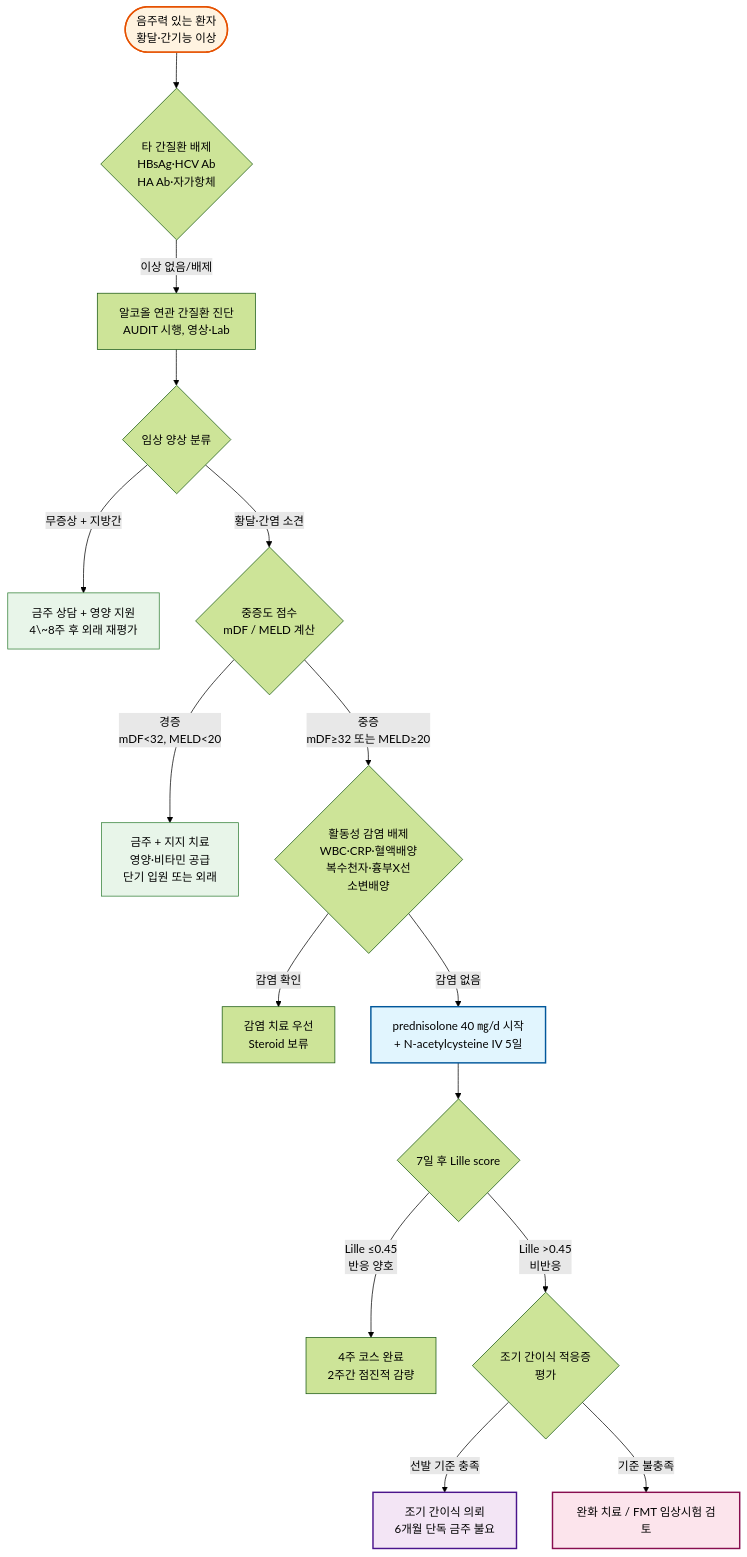
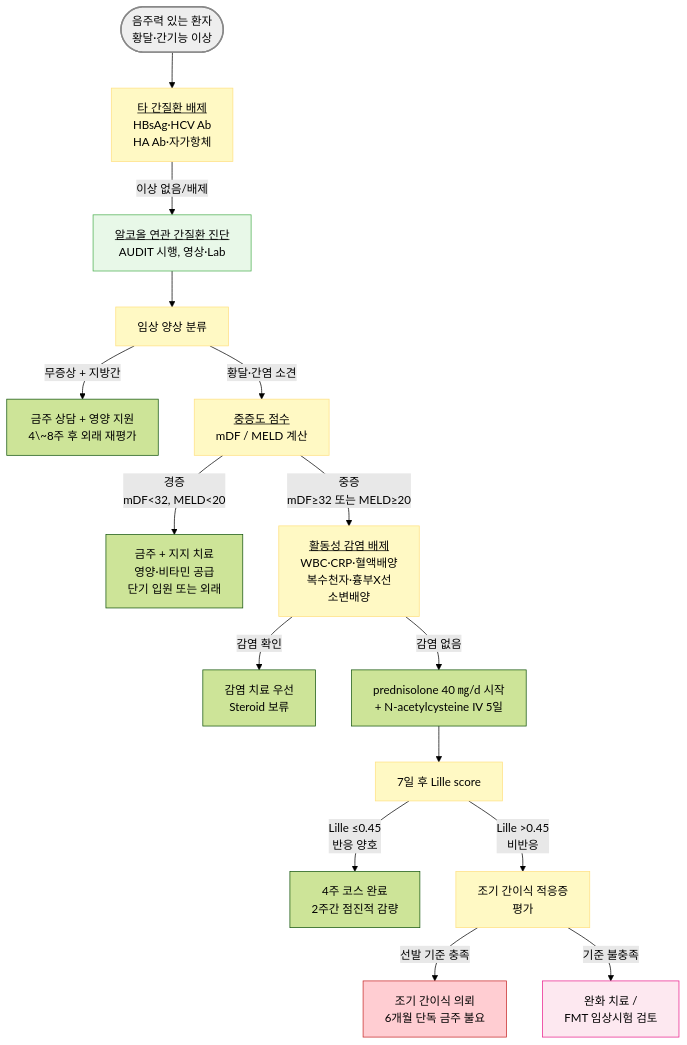
Before and after one commit to familyoh77/familyoh77: the diagram in 224_/094_-alcoholic-liver-disease.md, drawn with Mermaid (forest theme). The commit also changed other lines of this file, not shown here.

Commit message:
GITBOOK-1023: No subject

````diff
--- a/224_/094_-alcoholic-liver-disease.md
+++ b/224_/094_-alcoholic-liver-disease.md
@@ -107,23 +105,25 @@
 ```mermaid
 graph TD
-    A([음주력 있는 환자<br/>황달·간기능 이상]) --> B{타 간질환 배제<br/>HBsAg·HCV Ab<br/>HA Ab·자가항체}
-    B -->|이상 없음/배제| C[알코올 연관 간질환 진단<br/>AUDIT 시행, 영상·Lab]
-    C --> D{임상 양상 분류}
+    A([음주력 있는 환자<br/>황달·간기능 이상]) --> B[<u>타 간질환 배제</u><br/>HBsAg·HCV Ab<br/>HA Ab·자가항체]
+    B -->|이상 없음/배제| C[<u>알코올 연관 간질환 진단</u><br/>AUDIT 시행, 영상·Lab]
+    C --> D[임상 양상 분류]
     D -->|무증상 + 지방간| E[금주 상담 + 영양 지원<br/>4\~8주 후 외래 재평가]
-    D -->|황달·간염 소견| F{중증도 점수<br/>mDF / MELD 계산}
+    D -->|황달·간염 소견| F[<u>중증도 점수</u><br/>mDF / MELD 계산]
     F -->|경증<br/>mDF<32, MELD<20| G[금주 + 지지 치료<br/>영양·비타민 공급<br/>단기 입원 또는 외래]
-    F -->|중증<br/>mDF≥32 또는 MELD≥20| H{활동성 감염 배제<br/>WBC·CRP·혈액배양<br/>복수천자·흉부X선<br/>소변배양}
+    F -->|중증<br/>mDF≥32 또는 MELD≥20| H[<u>활동성 감염 배제</u><br/>WBC·CRP·혈액배양<br/>복수천자·흉부X선<br/>소변배양]
     H -->|감염 확인| I[감염 치료 우선<br/>Steroid 보류]
     H -->|감염 없음| J[prednisolone 40 ㎎/d 시작<br/>+ N-acetylcysteine IV 5일]
-    J --> K{7일 후 Lille score}
+    J --> K[7일 후 Lille score]
     K -->|Lille ≤0.45<br/>반응 양호| L[4주 코스 완료<br/>2주간 점진적 감량]
-    K -->|Lille >0.45<br/>비반응| M{조기 간이식 적응증<br/>평가}
+    K -->|Lille >0.45<br/>비반응| M[조기 간이식 적응증<br/>평가]
     M -->|선발 기준 충족| N[조기 간이식 의뢰<br/>6개월 단독 금주 불요]
-    M -->|기준 불충족| O[완화 치료 / FMT 임상시험 검토]
-    style A fill:#fff3e0,stroke:#e65100,stroke-width:2px
-    style J fill:#e1f5fe,stroke:#01579b,stroke-width:2px
-    style N fill:#f3e5f5,stroke:#4a148c,stroke-width:2px
-    style O fill:#fce4ec,stroke:#880e4f,stroke-width:2px
-    style E fill:#e8f5e9,stroke:#2e7d32,stroke-width:1px
-    style G fill:#e8f5e9,stroke:#2e7d32,stroke-width:1px
+    M -->|기준 불충족| O[완화 치료 / <br/>FMT 임상시험 검토]
+
+
+style A fill:#eeeeee,stroke:#888888,stroke-width:2px
+classDef yellow fill:#fff9c4,stroke:#ffe082
+class B,D,F,H,M,K yellow
+style C fill:#e8f8e8,stroke:#4caf50
+style N fill:#ffcdd2,stroke:#c62828
+style O fill:#fde8f0,stroke:#e91e8c
 ```
````
